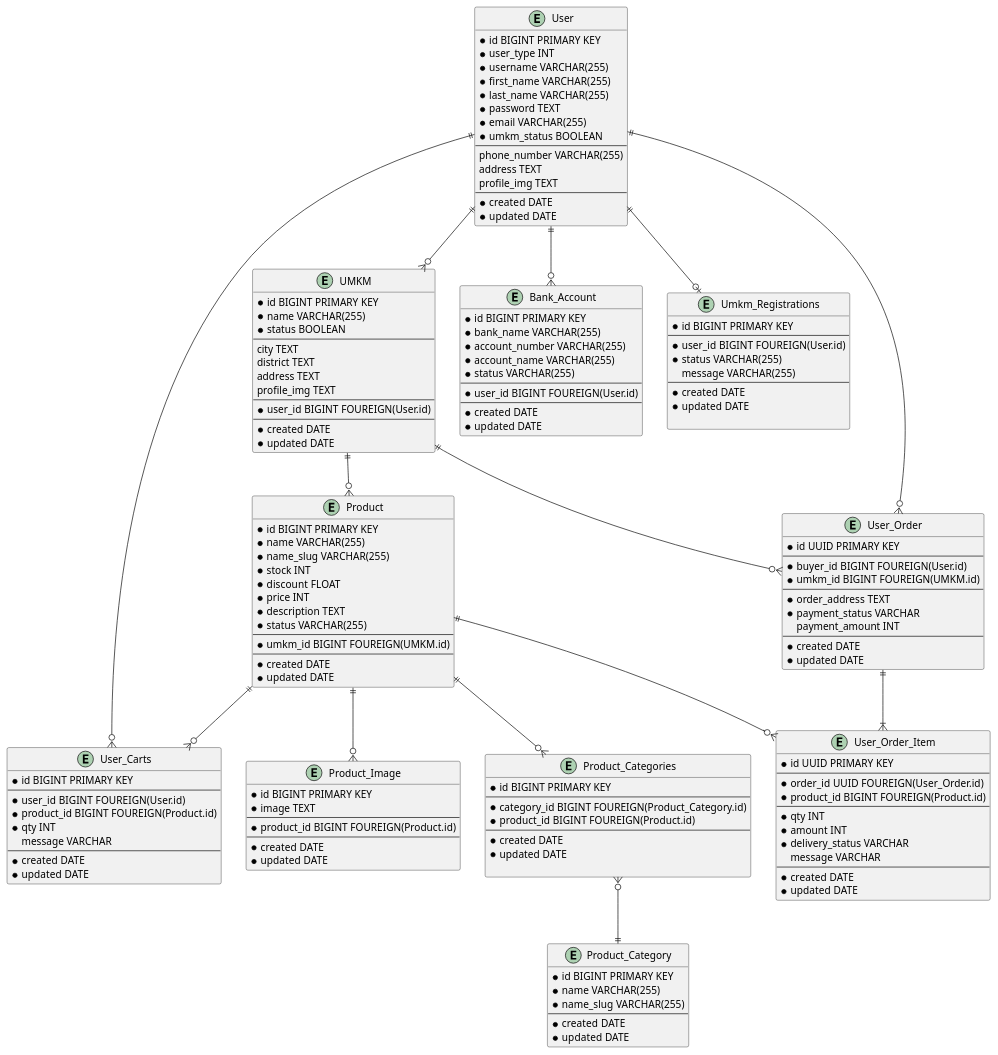
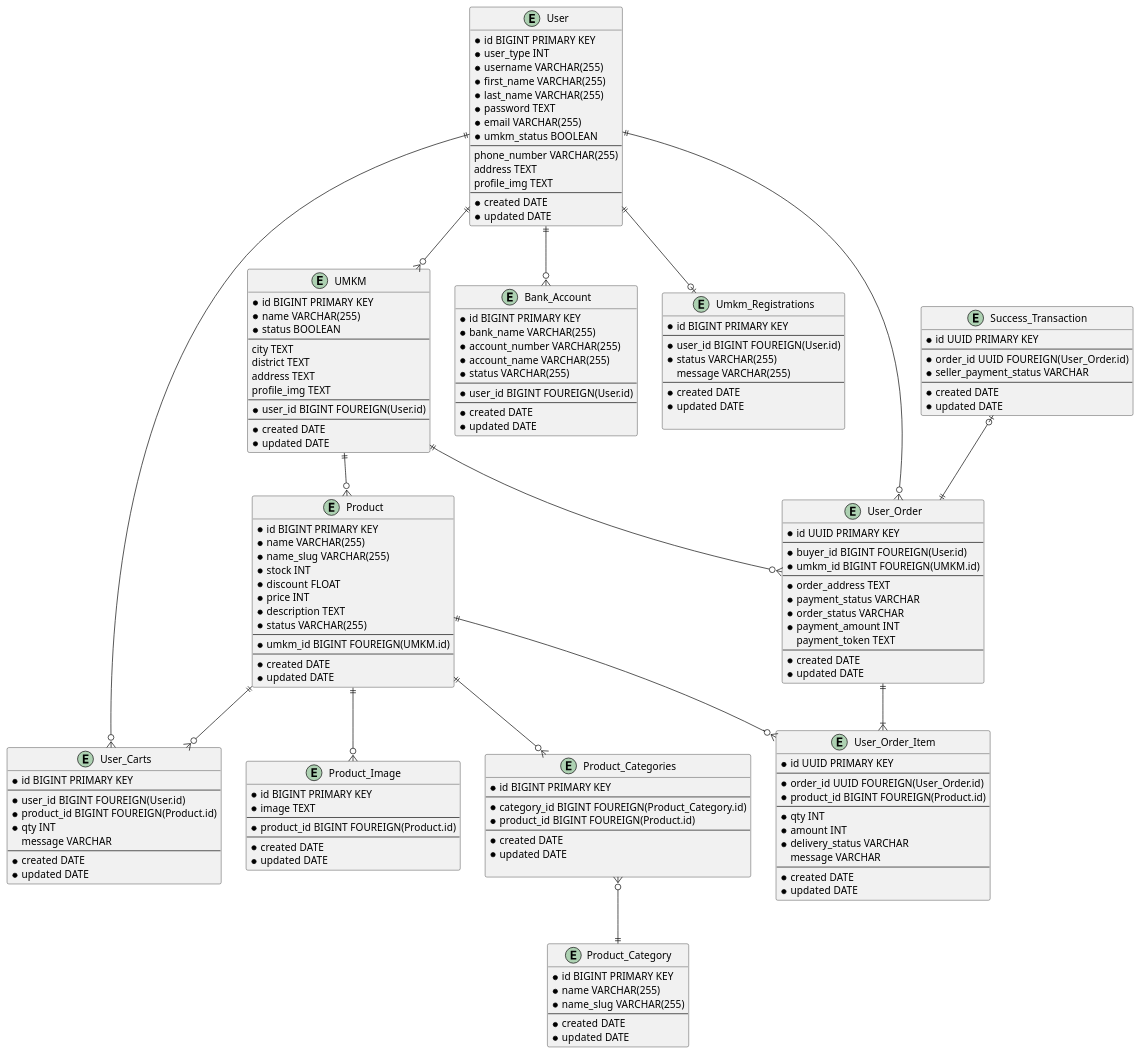
The diagram in db_design.puml (vithiaz/ecomm_UMKM_tomohon), drawn with PlantUML before and after one commit. The commit also changed 60 other files, not shown here.

```diff
--- a/db_design.puml
+++ b/db_design.puml
@@ -138,7 +138,13 @@
     * payment_status VARCHAR
     ' pending
     ' ...
-    payment_amount INT
+    * order_status VARCHAR
+    ' pending
+    ' progress
+    ' settlement
+    ' abort
+    * payment_amount INT
+    payment_token TEXT
     --
     * created DATE
     * updated DATE
@@ -154,6 +160,7 @@
     * amount INT
     * delivery_status VARCHAR
     ' pending
+    ' processed
     ' onsite
     ' return
     message VARCHAR
@@ -161,6 +168,19 @@
     * created DATE
     * updated DATE
 }
+
+entity Success_Transaction {
+    * id UUID PRIMARY KEY
+    --
+    * order_id UUID FOUREIGN(User_Order.id)
+    * seller_payment_status VARCHAR
+    ' pending 
+    ' settlement 
+    --
+    * created DATE
+    * updated DATE
+}
+
 
 ' Relation
 User ||--o{ UMKM
@@ -182,4 +202,6 @@
 
 User_Order ||--|{ User_Order_Item
 
+Success_Transaction |o--|| User_Order
+
 @enduml
```
